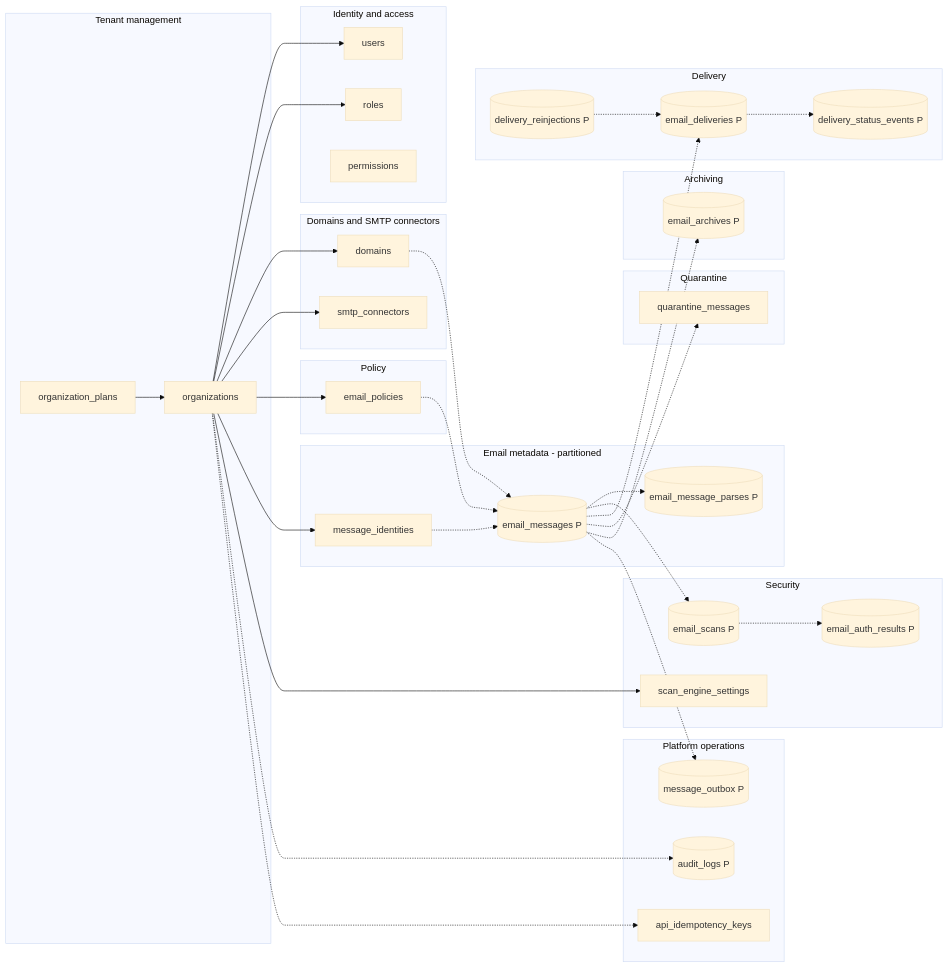
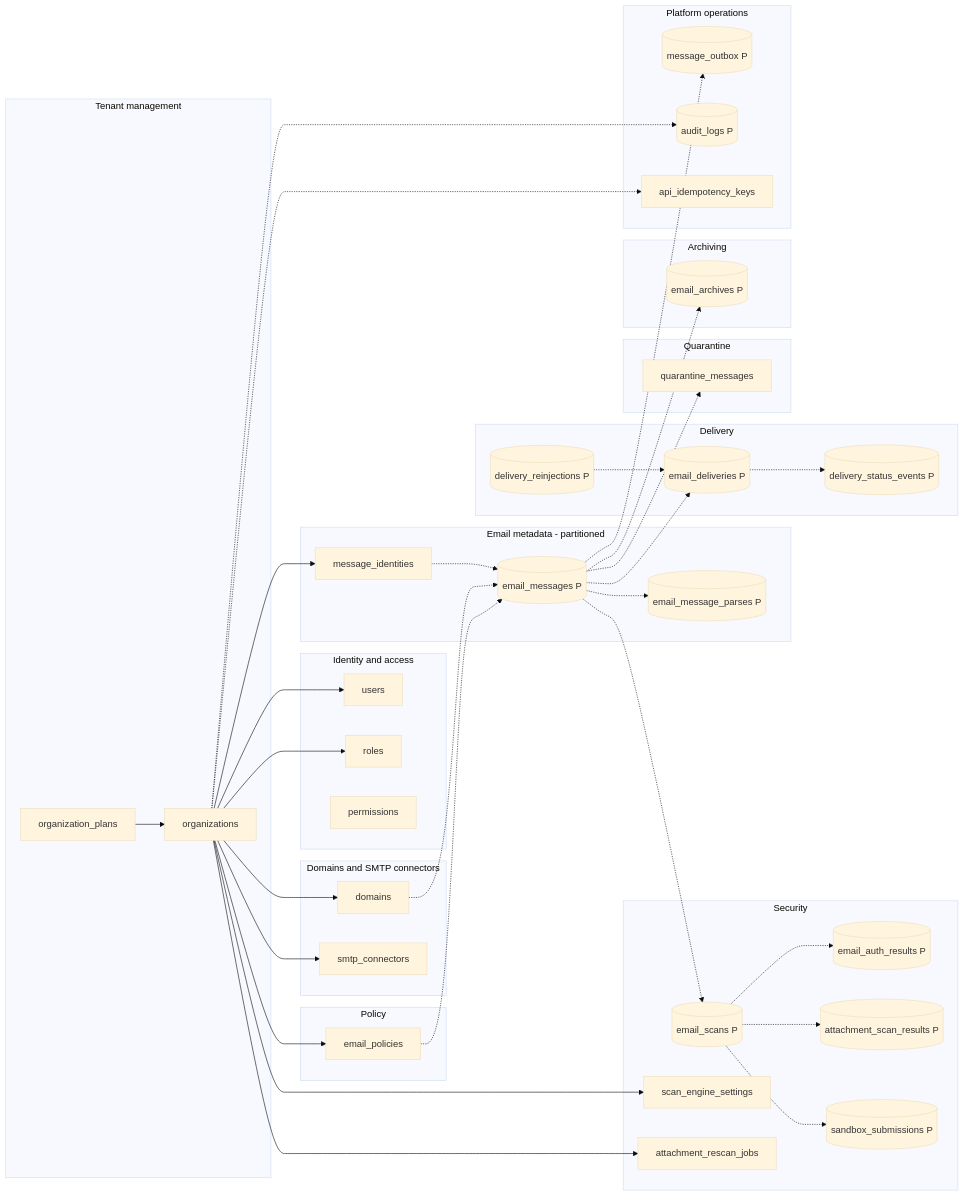
Before and after one commit to mnnitsarvesh-ai/email-gateway: the first of 11 diagrams in docs/database/er-diagram.md, drawn with Mermaid (base theme). The commit also changed other lines of this file and 249 other files, not shown here.

````diff
--- a/docs/database/er-diagram.md
+++ b/docs/database/er-diagram.md
@@ -14,67 +14,73 @@
 ```mermaid
 flowchart LR
   subgraph tenant[Tenant management]
     organizations
     organization_plans
   end
   subgraph iam[Identity and access]
     users
     roles
     permissions
   end
   subgraph domain[Domains and SMTP connectors]
     domains
     smtp_connectors
   end
   subgraph mail[Email metadata - partitioned]
     message_identities
     email_messages[(email_messages P)]
     email_message_parses[(email_message_parses P)]
   end
   subgraph security[Security]
     email_scans[(email_scans P)]
     email_auth_results[(email_auth_results P)]
+    attachment_scan_results[(attachment_scan_results P)]
+    sandbox_submissions[(sandbox_submissions P)]
     scan_engine_settings
+    attachment_rescan_jobs
   end
   subgraph policy[Policy]
     email_policies
   end
   subgraph delivery[Delivery]
     email_deliveries[(email_deliveries P)]
     delivery_reinjections[(delivery_reinjections P)]
     delivery_status_events[(delivery_status_events P)]
   end
   subgraph quarantine[Quarantine]
     quarantine_messages
   end
   subgraph archive[Archiving]
     email_archives[(email_archives P)]
   end
   subgraph ops[Platform operations]
     message_outbox[(message_outbox P)]
     audit_logs[(audit_logs P)]
     api_idempotency_keys
   end
   organization_plans --> organizations
   organizations --> users
   organizations --> roles
   organizations --> domains
   organizations --> smtp_connectors
   organizations --> email_policies
   organizations --> message_identities
   message_identities -.-> email_messages
   domains -.-> email_messages
   email_messages -.-> email_message_parses
   email_messages -.-> email_scans
   email_scans -.-> email_auth_results
+  email_scans -.-> attachment_scan_results
+  email_scans -.-> sandbox_submissions
   organizations --> scan_engine_settings
+  organizations --> attachment_rescan_jobs
   email_messages -.-> email_deliveries
   delivery_reinjections -.-> email_deliveries
   email_deliveries -.-> delivery_status_events
   email_messages -.-> quarantine_messages
   email_messages -.-> email_archives
   email_messages -.-> message_outbox
   email_policies -.-> email_messages
   organizations -.-> audit_logs
   organizations -.-> api_idempotency_keys
 ```
````
